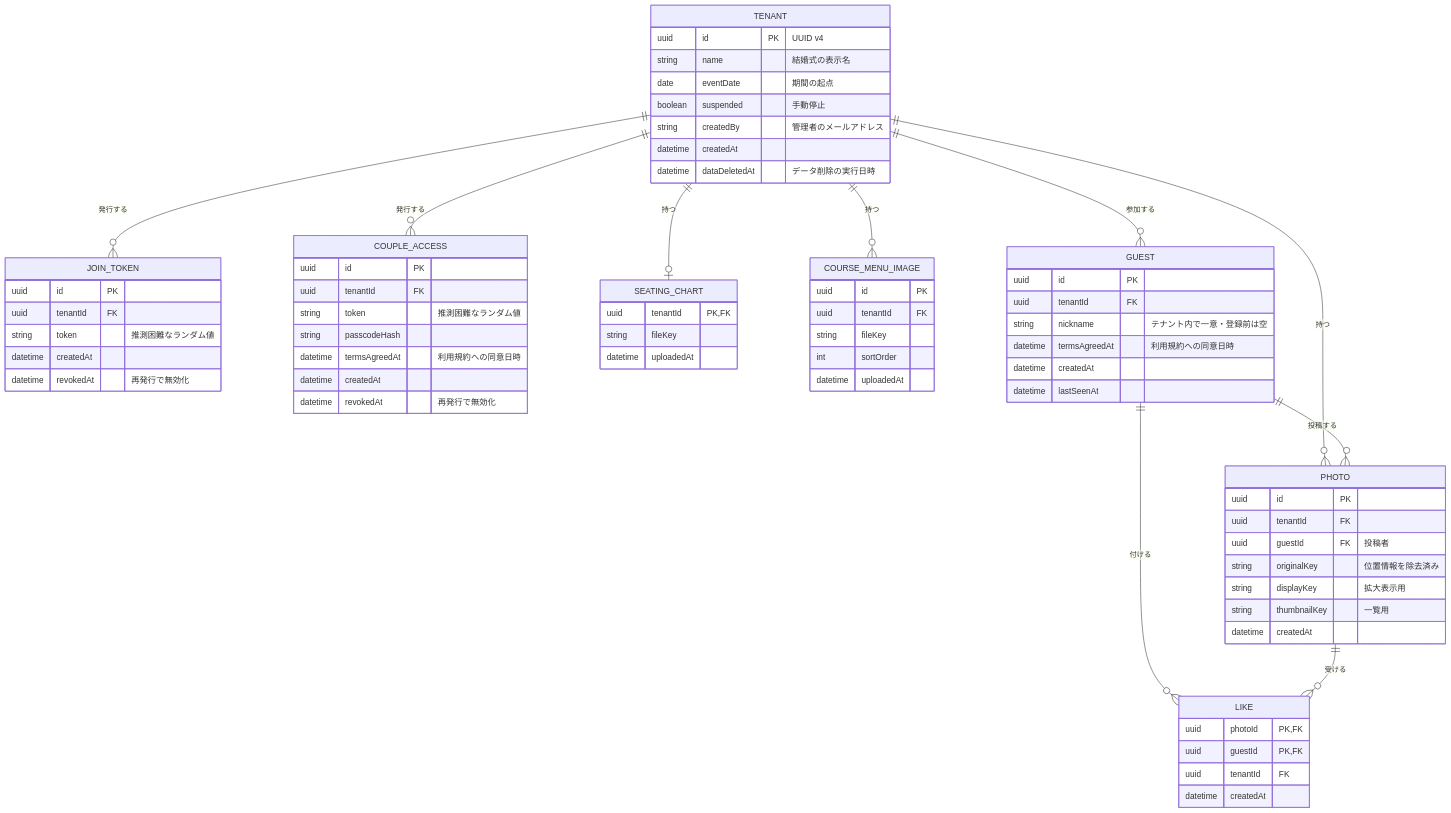
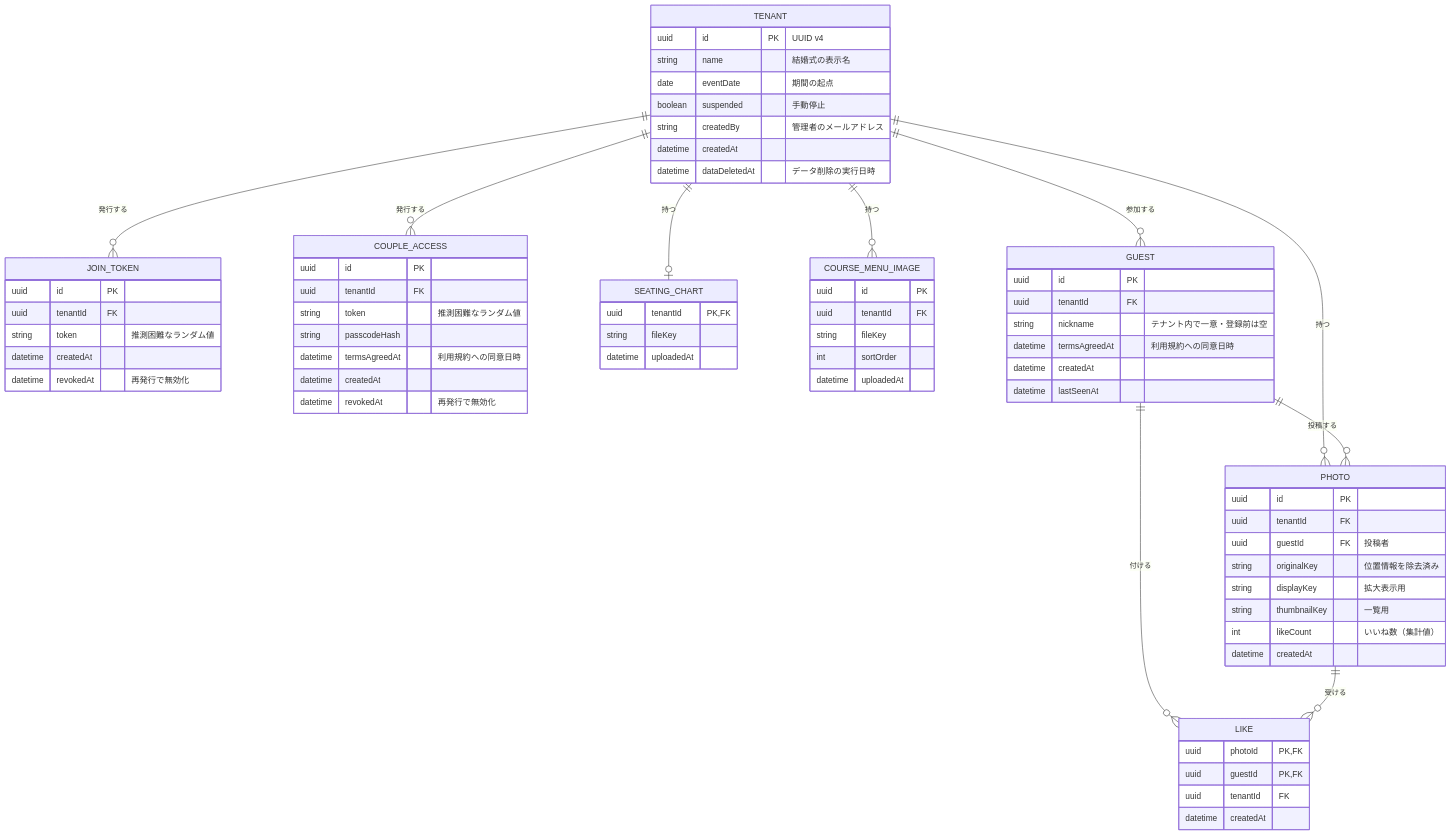
Before and after one commit to Nagomu0128/would-you-marry.me: the diagram in docs/design/domain-model.md, drawn with Mermaid. The commit also changed other lines of this file and 12 other files, not shown here.

````diff
--- a/docs/design/domain-model.md
+++ b/docs/design/domain-model.md
@@ -23,73 +23,74 @@
 ```mermaid
 erDiagram
     TENANT ||--o{ JOIN_TOKEN : "発行する"
     TENANT ||--o{ COUPLE_ACCESS : "発行する"
     TENANT ||--o| SEATING_CHART : "持つ"
     TENANT ||--o{ COURSE_MENU_IMAGE : "持つ"
     TENANT ||--o{ GUEST : "参加する"
     TENANT ||--o{ PHOTO : "持つ"
     GUEST ||--o{ PHOTO : "投稿する"
     GUEST ||--o{ LIKE : "付ける"
     PHOTO ||--o{ LIKE : "受ける"
 
     TENANT {
         uuid id PK "UUID v4"
         string name "結婚式の表示名"
         date eventDate "期間の起点"
         boolean suspended "手動停止"
         string createdBy "管理者のメールアドレス"
         datetime createdAt
         datetime dataDeletedAt "データ削除の実行日時"
     }
     JOIN_TOKEN {
         uuid id PK
         uuid tenantId FK
         string token "推測困難なランダム値"
         datetime createdAt
         datetime revokedAt "再発行で無効化"
     }
     COUPLE_ACCESS {
         uuid id PK
         uuid tenantId FK
         string token "推測困難なランダム値"
         string passcodeHash
         datetime termsAgreedAt "利用規約への同意日時"
         datetime createdAt
         datetime revokedAt "再発行で無効化"
     }
     SEATING_CHART {
         uuid tenantId PK, FK
         string fileKey
         datetime uploadedAt
     }
     COURSE_MENU_IMAGE {
         uuid id PK
         uuid tenantId FK
         string fileKey
         int sortOrder
         datetime uploadedAt
     }
     GUEST {
         uuid id PK
         uuid tenantId FK
         string nickname "テナント内で一意・登録前は空"
         datetime termsAgreedAt "利用規約への同意日時"
         datetime createdAt
         datetime lastSeenAt
     }
     PHOTO {
         uuid id PK
         uuid tenantId FK
         uuid guestId FK "投稿者"
         string originalKey "位置情報を除去済み"
         string displayKey "拡大表示用"
         string thumbnailKey "一覧用"
+        int likeCount "いいね数（集計値）"
         datetime createdAt
     }
     LIKE {
         uuid photoId PK, FK
         uuid guestId PK, FK
         uuid tenantId FK
         datetime createdAt
     }
 ```
````
